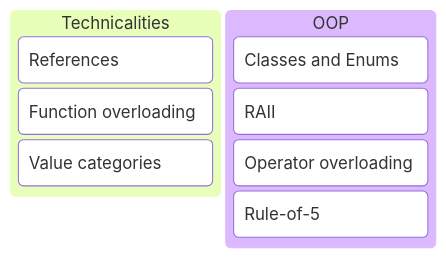
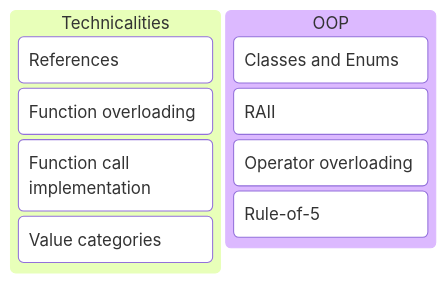
Before and after one commit to GlennVL-AP/cpp-programming-slides: the first of 2 diagrams in slides/session_4/index.md, drawn with Mermaid. The commit also changed other lines of this file, not shown here.

Commit message:
add section about function overloading

````diff
--- a/slides/session_4/index.md
+++ b/slides/session_4/index.md
@@ -4,12 +4,13 @@
 ```mermaid
 kanban
   column1[Technicalities]
     task1[References]
     task2[Function overloading]
-    task3[Value categories]
+    task3[Function call implementation]
+    task4[Value categories]
   column2[OOP]
-    task4[Classes and Enums]
-    task5[RAII]
-    task6[Operator overloading]
-    task7[Rule-of-5]
+    task5[Classes and Enums]
+    task6[RAII]
+    task7[Operator overloading]
+    task8[Rule-of-5]
 ```
````
